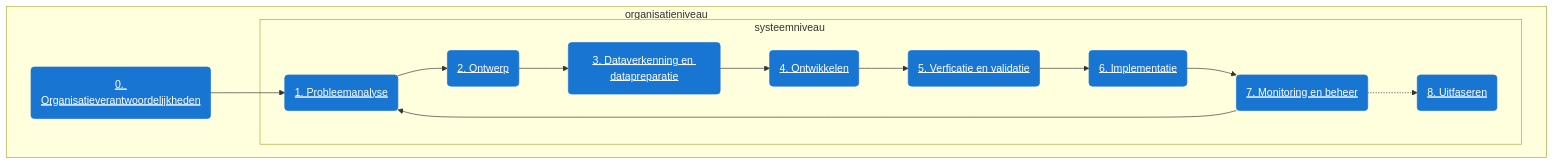
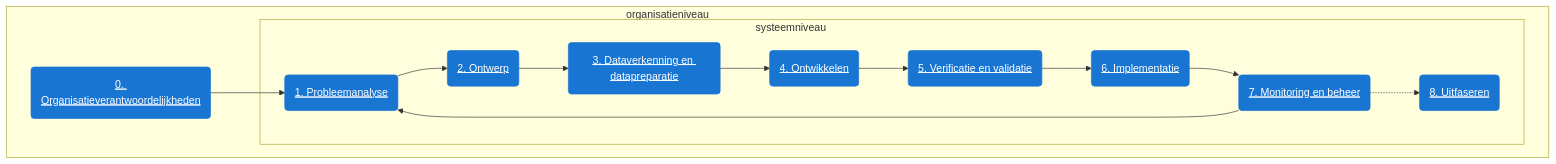
Before and after one commit to MinBZK/Algoritmekader: the diagram in docs/levenscyclus/index.md, drawn with Mermaid. The commit also changed other lines of this file, not shown here.

Commit message:
Fix verficatie typo

````diff
--- a/docs/levenscyclus/index.md
+++ b/docs/levenscyclus/index.md
@@ -44,40 +44,40 @@
 ```mermaid
 
   flowchart TD
       subgraph organisatieniveau [organisatieniveau &nbsp&nbsp&nbsp&nbsp&nbsp&nbsp&nbsp&nbsp&nbsp&nbsp&nbsp&nbsp&nbsp&nbsp&nbsp&nbsp&nbsp&nbsp&nbsp&nbsp&nbsp&nbsp&nbsp&nbsp&nbsp&nbsp&nbsp&nbsp&nbsp&nbsp&nbsp&nbsp&nbsp&nbsp&nbsp&nbsp&nbsp&nbsp&nbsp&nbsp&nbsp&nbsp&nbsp&nbsp&nbsp&nbsp&nbsp&nbsp&nbsp&nbsp&nbsp&nbsp&nbsp&nbsp&nbsp&nbsp&nbsp&nbsp&nbsp&nbsp&nbsp&nbsp&nbsp&nbsp&nbsp&nbsp&nbsp&nbsp&nbsp&nbsp&nbsp&nbsp&nbsp&nbsp]
         0(0. Organisatieverantwoordelijkheden) --> 1(1. Probleemanalyse);
         subgraph systeemniveau [systeemniveau &nbsp&nbsp&nbsp&nbsp&nbsp&nbsp&nbsp&nbsp&nbsp&nbsp&nbsp&nbsp&nbsp&nbsp&nbsp&nbsp&nbsp&nbsp&nbsp&nbsp&nbsp&nbsp&nbsp&nbsp&nbsp&nbsp&nbsp&nbsp&nbsp&nbsp&nbsp&nbsp&nbsp&nbsp&nbsp&nbsp&nbsp&nbsp&nbsp&nbsp&nbsp&nbsp&nbsp&nbsp&nbsp&nbsp&nbsp&nbsp&nbsp&nbsp&nbsp&nbsp&nbsp&nbsp&nbsp&nbsp&nbsp&nbsp&nbsp&nbsp&nbsp&nbsp&nbsp&nbsp&nbsp&nbsp&nbsp&nbsp]
           7(7. Monitoring en beheer) --> 1(1. Probleemanalyse);
           1(1. Probleemanalyse) --> 2(2. Ontwerp);
           2(2. Ontwerp) --> 3(3. Dataverkenning en datapreparatie);
           3(3. Dataverkenning en datapreparatie) --> 4(4. Ontwikkelen);
-          4(4. Ontwikkelen) --> 5(5. Verficatie en validatie);
-          5(5. Verficatie en validatie) --> 6(6. Implementatie);
+          4(4. Ontwikkelen) --> 5(5. Verificatie en validatie);
+          5(5. Verificatie en validatie) --> 6(6. Implementatie);
           6(6. Implementatie) --> 7(7. Monitoring en beheer);
           7(7. Monitoring en beheer) -.-> 8(8. Uitfaseren);
         end
       end
 
       click 0 href "organisatieverantwoordelijkheden"
       click 1 href "probleemanalyse"
       click 2 href "ontwerp"
       click 3 href "dataverkenning-en-datapreparatie"
       click 4 href "ontwikkelen"
       click 5 href "verificatie-en-validatie"
       click 6 href "implementatie"
       click 7 href "monitoring-en-beheer"
       click 8 href "uitfaseren"
 
       style 0 color:#fff, fill:#1975d2, stroke:#1975d2, text-decoration:underline;
       style 1 color:#fff, fill:#1975d2, stroke:#1975d2, text-decoration:underline;
       style 2 color:#fff, fill:#1975d2, stroke:#1975d2, text-decoration:underline;
       style 3 color:#fff, fill:#1975d2, stroke:#1975d2, text-decoration:underline;
       style 4 color:#fff, fill:#1975d2, stroke:#1975d2, text-decoration:underline;
       style 5 color:#fff, fill:#1975d2, stroke:#1975d2, text-decoration:underline;
       style 6 color:#fff, fill:#1975d2, stroke:#1975d2, text-decoration:underline;
       style 7 color:#fff, fill:#1975d2, stroke:#1975d2, text-decoration:underline;
       style 8 color:#fff, fill:#1975d2, stroke:#1975d2, text-decoration:underline;
 
       style organisatieniveau fill:transparant
 
 ```
````
